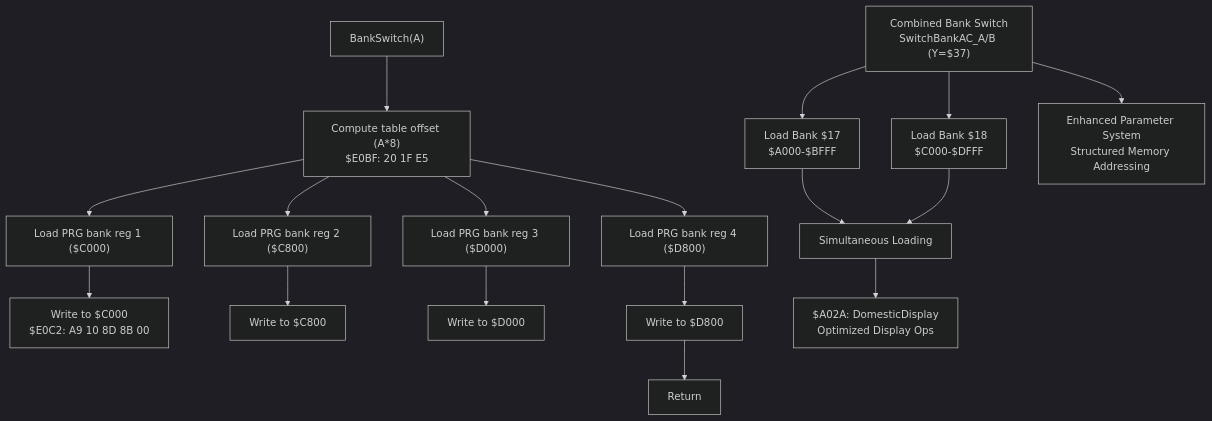
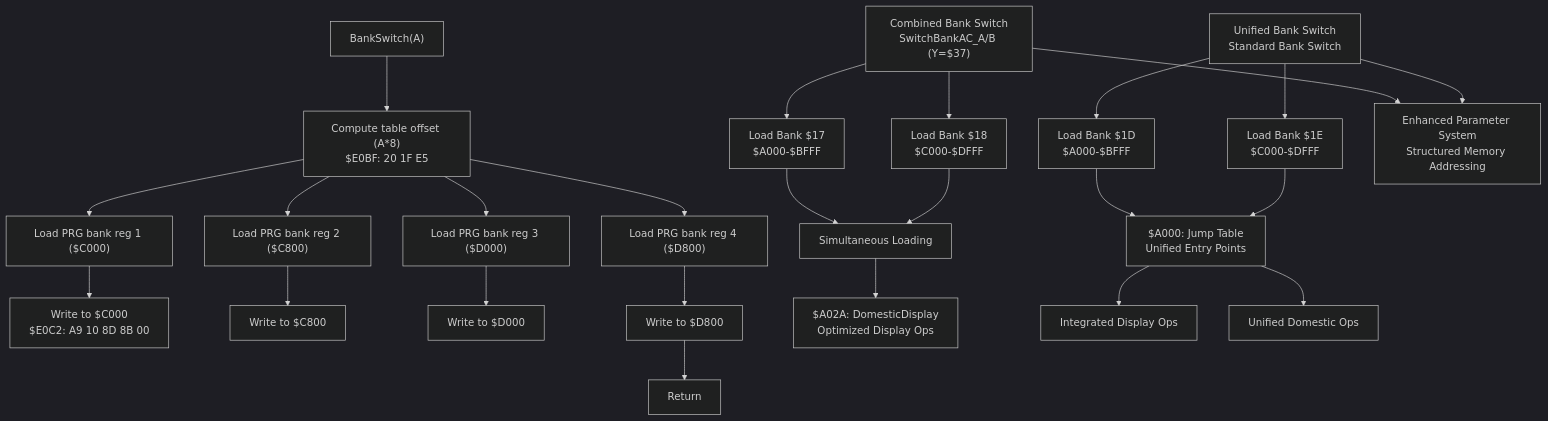
One commit to rabbyzero/sango2dasm changed the eighth of 11 diagrams in .qoder/repowiki/en/content/Assembly Architecture/Assembly Architecture.md. Above: the diagram before and after it, drawn with Mermaid (dark theme). The commit also changed other lines of this file and 15 other files, not shown here.

````diff
--- a/.qoder/repowiki/en/content/Assembly Architecture/Assembly Architecture.md
+++ b/.qoder/repowiki/en/content/Assembly Architecture/Assembly Architecture.md
@@ -339,20 +435,27 @@
 ```mermaid
 flowchart TD
 CALL["BankSwitch(A)"] --> TABLEIDX["Compute table offset (A*8)<br/>$E0BF: 20 1F E5"]
 TABLEIDX --> LOAD1["Load PRG bank reg 1 ($C000)"]
 LOAD1 --> WRITE1["Write to $C000<br/>$E0C2: A9 10 8D 8B 00"]
 TABLEIDX --> LOAD2["Load PRG bank reg 2 ($C800)"]
 LOAD2 --> WRITE2["Write to $C800"]
 TABLEIDX --> LOAD3["Load PRG bank reg 3 ($D000)"]
 LOAD3 --> WRITE3["Write to $D000"]
 TABLEIDX --> LOAD4["Load PRG bank reg 4 ($D800)"]
 LOAD4 --> WRITE4["Write to $D800"]
 WRITE4 --> DONE["Return"]
-COMBINED["Combined Bank Switch<br/>SwitchBankAC_A/B (Y=$37)"] --> BANKA["Load Bank $17<br/>$A000-$BFFF"]
-COMBINED --> BANKB["Load Bank $18<br/>$C000-$DFFF"]
+COMBINED17_18["Combined Bank Switch<br/>SwitchBankAC_A/B (Y=$37)"] --> BANKA["Load Bank $17<br/>$A000-$BFFF"]
+COMBINED17_18 --> BANKB["Load Bank $18<br/>$C000-$DFFF"]
 BANKA --> SIMULTANEOUS["Simultaneous Loading"]
 BANKB --> SIMULTANEOUS
 SIMULTANEOUS --> OPTIMIZED["$A02A: DomesticDisplay<br/>Optimized Display Ops"]
+COMBINED1D_1E["Unified Bank Switch<br/>Standard Bank Switch"] --> BANK1D["Load Bank $1D<br/>$A000-$BFFF"]
+COMBINED1D_1E --> BANK1E["Load Bank $1E<br/>$C000-$DFFF"]
+BANK1D --> UNIFIED["$A000: Jump Table<br/>Unified Entry Points"]
+BANK1E --> UNIFIED
+UNIFIED --> DISPLAYOPS["Integrated Display Ops"]
+UNIFIED --> DOMESTICOPS["Unified Domestic Ops"]
 PARAMSYS["Enhanced Parameter System<br/>Structured Memory Addressing"]
-COMBINED --> PARAMSYS
+COMBINED17_18 --> PARAMSYS
+COMBINED1D_1E --> PARAMSYS
 ```
````
